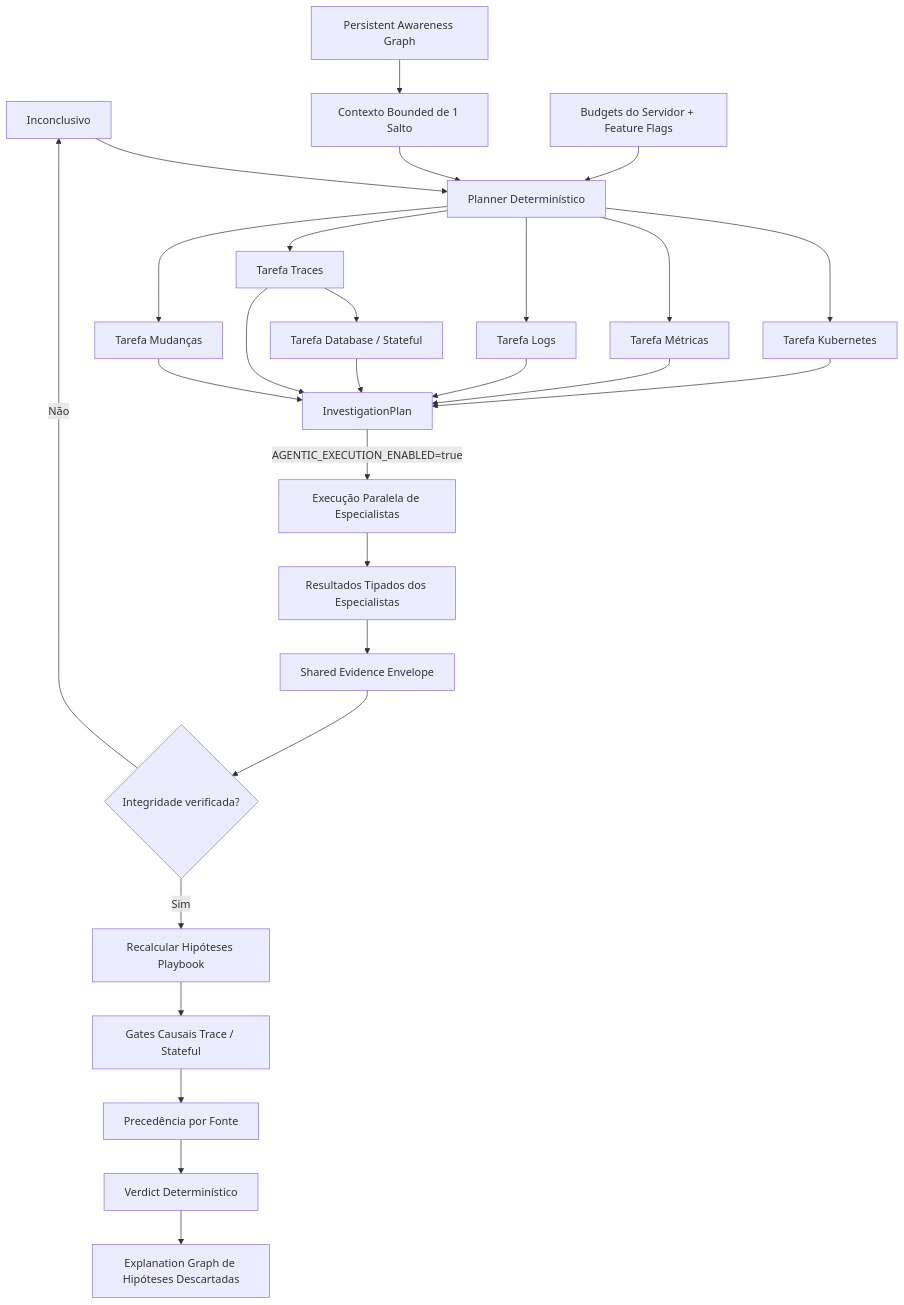
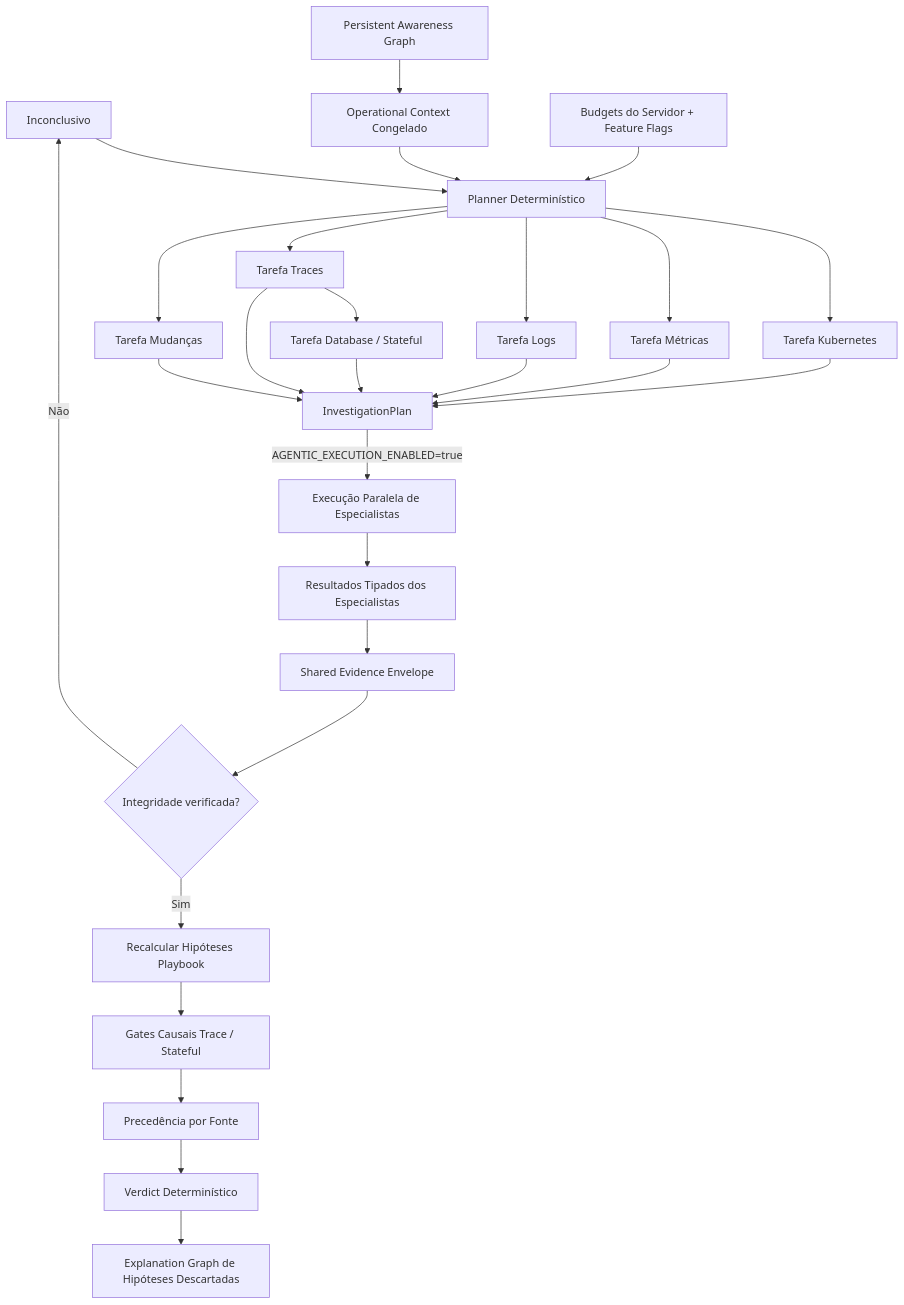
Diagram 24 of 26 in docs/architecture.pt-BR.md (marcocristofolini/ai-sre-rca), drawn with Mermaid before and after one commit. The commit also changed other lines of this file, not shown here.

Commit message:
docs: update bounded planner architecture pt-br

````diff
--- a/docs/architecture.pt-BR.md
+++ b/docs/architecture.pt-BR.md
@@ -588,32 +588,32 @@
 ```mermaid
 flowchart TD
     INC[IncidentInput] --> PLAN[Planner Determinístico]
-    PAG[Persistent Awareness Graph] --> CTX[Contexto Bounded de 1 Salto]
+    PAG[Persistent Awareness Graph] --> CTX[Operational Context Congelado]
     CTX --> PLAN
     CFG[Budgets do Servidor + Feature Flags] --> PLAN
 
     PLAN --> K[Tarefa Kubernetes]
     PLAN --> M[Tarefa Métricas]
     PLAN --> L[Tarefa Logs]
     PLAN --> T[Tarefa Traces]
     T --> DB[Tarefa Database / Stateful]
     PLAN --> CH[Tarefa Mudanças]
 
     K --> IP[InvestigationPlan]
     M --> IP
     L --> IP
     T --> IP
     DB --> IP
     CH --> IP
 
     IP -->|AGENTIC_EXECUTION_ENABLED=true| ORCH[Execução Paralela de Especialistas]
     ORCH --> SR[Resultados Tipados dos Especialistas]
     SR --> ENV[Shared Evidence Envelope]
     ENV --> HASH{Integridade verificada?}
     HASH -->|Não| INC[Inconclusivo]
     HASH -->|Sim| SCORE[Recalcular Hipóteses Playbook]
     SCORE --> CAUSAL[Gates Causais Trace / Stateful]
     CAUSAL --> PRE[Precedência por Fonte]
     PRE --> EV[Verdict Determinístico]
     EV --> EX[Explanation Graph de Hipóteses Descartadas]
 ```
````
